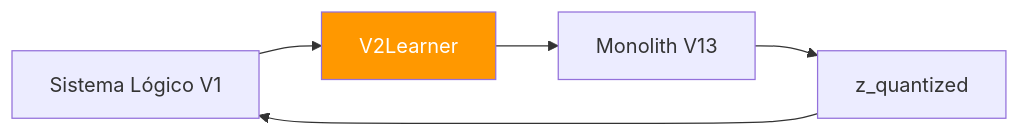
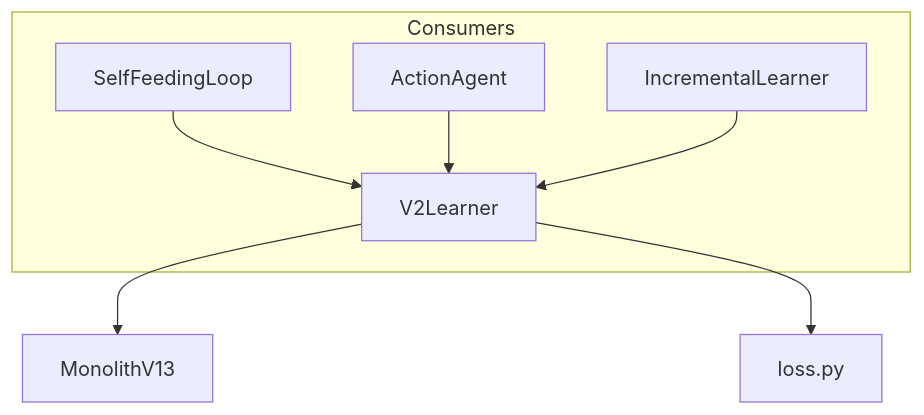
Before and after one commit to GAndreuu/Prototype-Alexandria: the diagram in docs/core/reasoning/neural_learner.md, drawn with Mermaid. The commit also changed other lines of this file and 137 other files, not shown here.

First line of the commit message:
docs: update README, RESUMO_SISTEMA, STRUCTURE with current stats and mermaid diagrams

````diff
--- a/docs/core/reasoning/neural_learner.md
+++ b/docs/core/reasoning/neural_learner.md
@@ -17,9 +68,11 @@
 ```mermaid
-graph LR
-    Logic[Sistema Lógico V1] --> V2[V2Learner]
-    V2 --> VQ[Monolith V13]
-    VQ --> Latent[z_quantized]
-    Latent --> Logic
+graph TB
+    V2L[V2Learner] --> Model[MonolithV13]
+    V2L --> Loss[loss.py]
     
-    style V2 fill:#FF9800,color:#fff
+    subgraph Consumers
+        Loop[SelfFeedingLoop] --> V2L
+        Action[ActionAgent] --> V2L
+        Incr[IncrementalLearner] --> V2L
+    end
 ```
````
